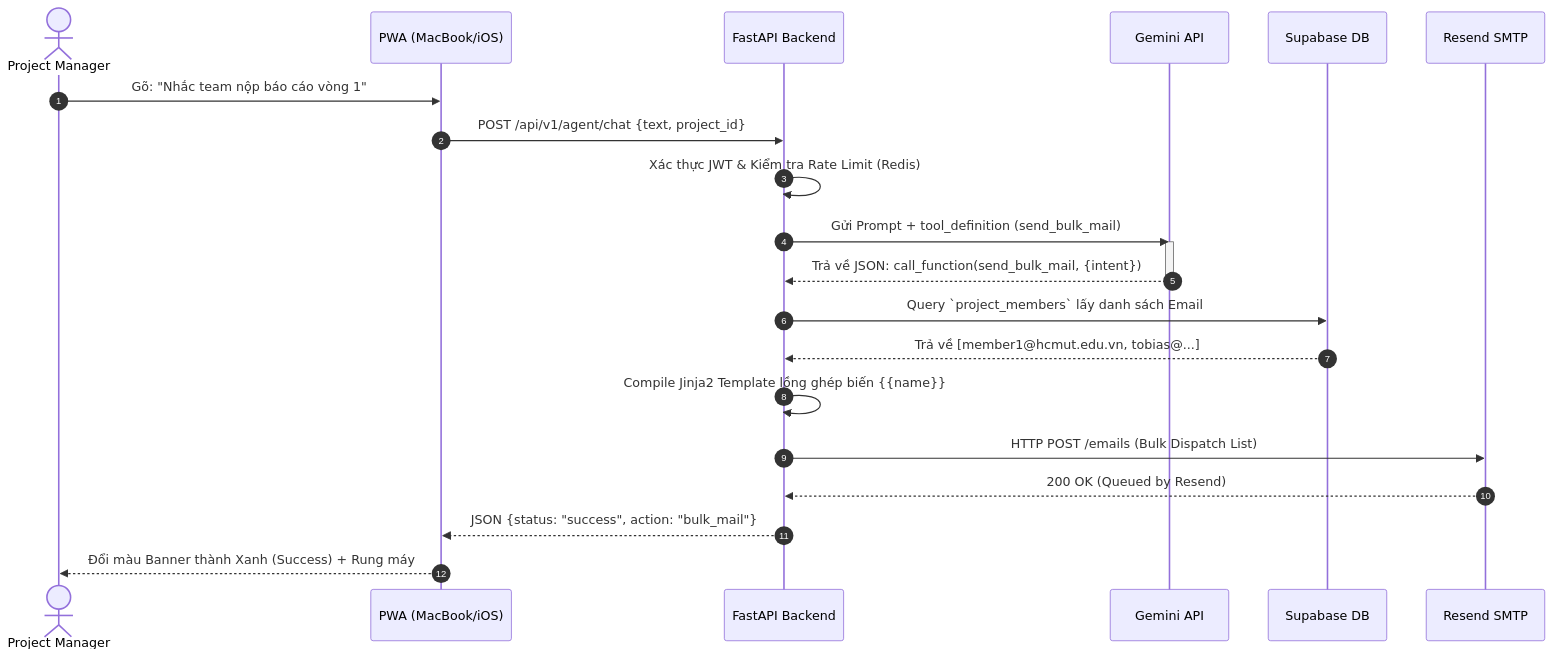
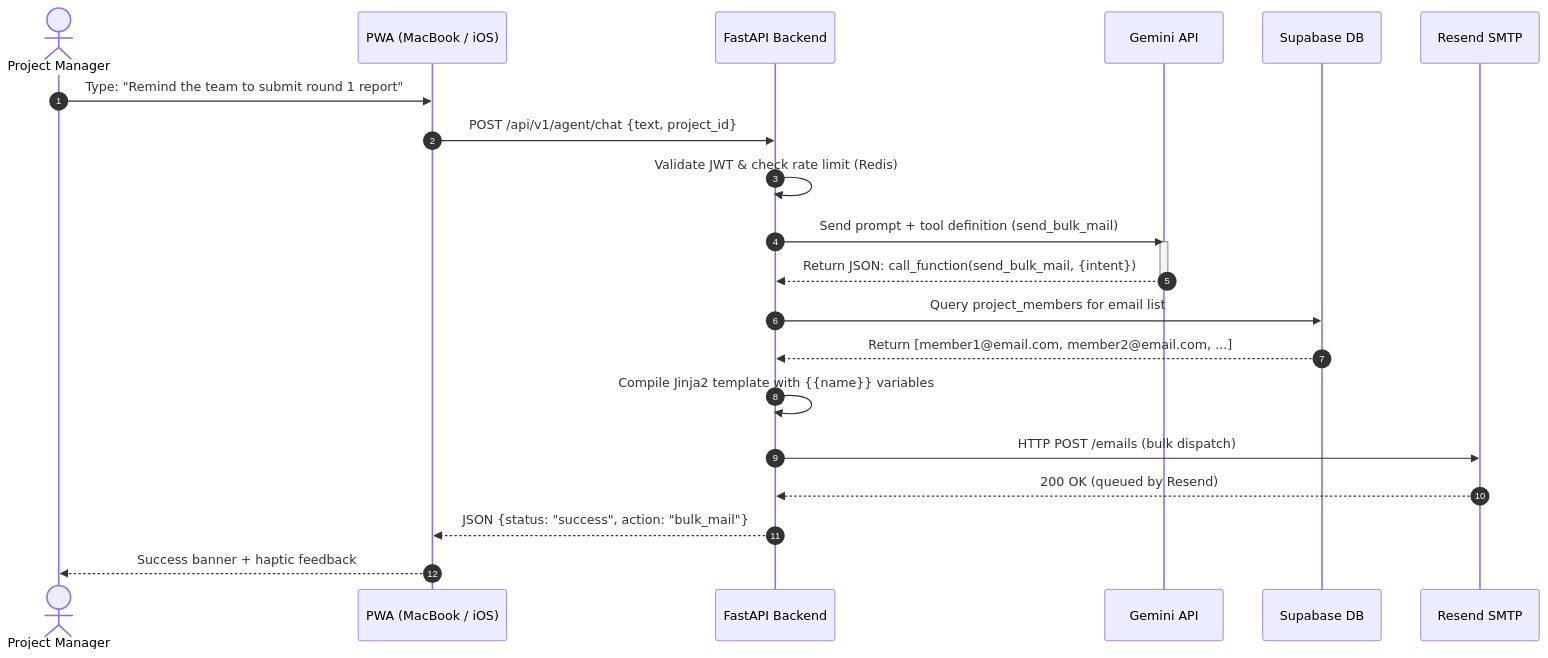
Before and after one commit to BennedictQuanTon/YourAI: the fifth of 7 diagrams in README.md, drawn with Mermaid. The commit also changed other lines of this file and 1 other file, not shown here.

````diff
--- a/README.md
+++ b/README.md
@@ -181,25 +267,25 @@
 ```mermaid
 sequenceDiagram
     autonumber
     actor PM as Project Manager
-    participant App as PWA (MacBook/iOS)
+    participant App as PWA (MacBook / iOS)
     participant API as FastAPI Backend
     participant LLM as Gemini API
     participant DB as Supabase DB
     participant Mail as Resend SMTP
 
-    PM->>App: Gõ: "Nhắc team nộp báo cáo vòng 1"
+    PM->>App: Type: "Remind the team to submit round 1 report"
     App->>API: POST /api/v1/agent/chat {text, project_id}
-    API->>API: Xác thực JWT & Kiểm tra Rate Limit (Redis)
-    API->>LLM: Gửi Prompt + tool_definition (send_bulk_mail)
+    API->>API: Validate JWT & check rate limit (Redis)
+    API->>LLM: Send prompt + tool definition (send_bulk_mail)
     activate LLM
-    LLM-->>API: Trả về JSON: call_function(send_bulk_mail, {intent})
+    LLM-->>API: Return JSON: call_function(send_bulk_mail, {intent})
     deactivate LLM
-    API->>DB: Query `project_members` lấy danh sách Email
-    DB-->>API: Trả về [member1@hcmut.edu.vn, tobias@...]
-    API->>API: Compile Jinja2 Template lồng ghép biến {{name}}
-    API->>Mail: HTTP POST /emails (Bulk Dispatch List)
-    Mail-->>API: 200 OK (Queued by Resend)
+    API->>DB: Query project_members for email list
+    DB-->>API: Return [member1@email.com, member2@email.com, ...]
+    API->>API: Compile Jinja2 template with {{name}} variables
+    API->>Mail: HTTP POST /emails (bulk dispatch)
+    Mail-->>API: 200 OK (queued by Resend)
     API-->>App: JSON {status: "success", action: "bulk_mail"}
-    App-->>PM: Đổi màu Banner thành Xanh (Success) + Rung máy
+    App-->>PM: Success banner + haptic feedback
 ```
````
